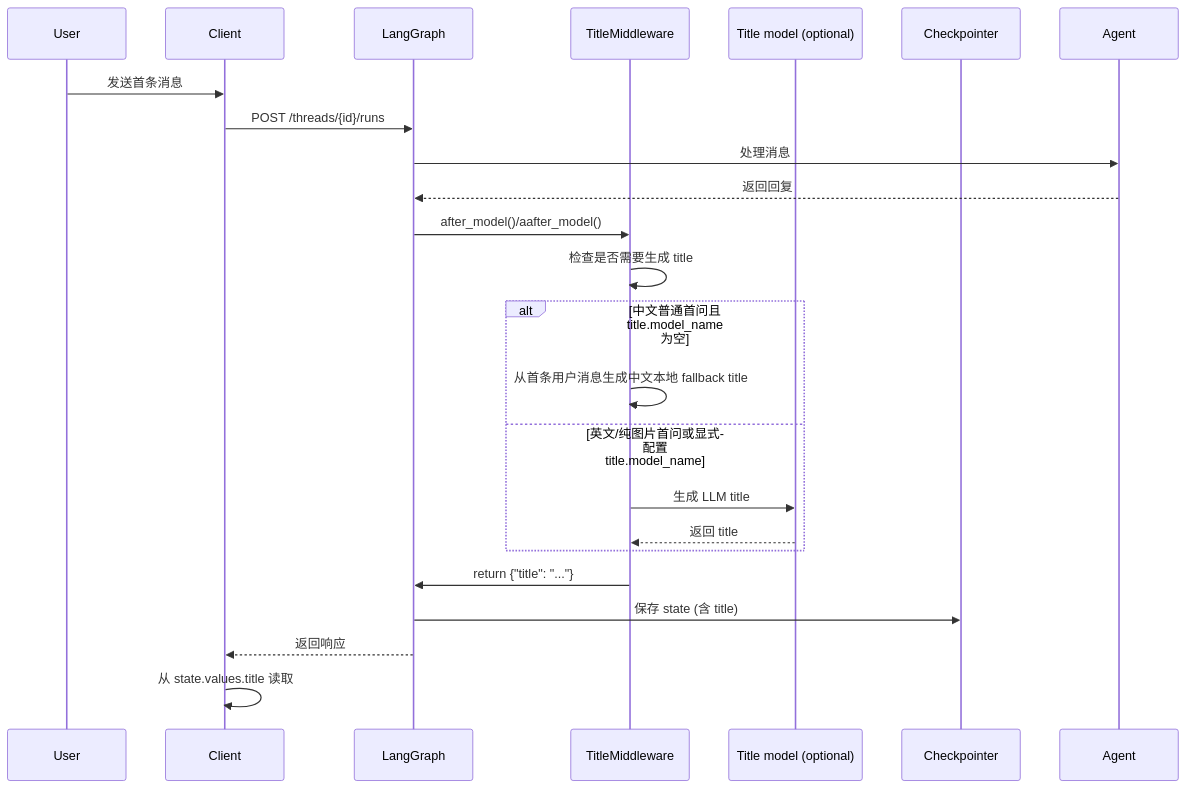
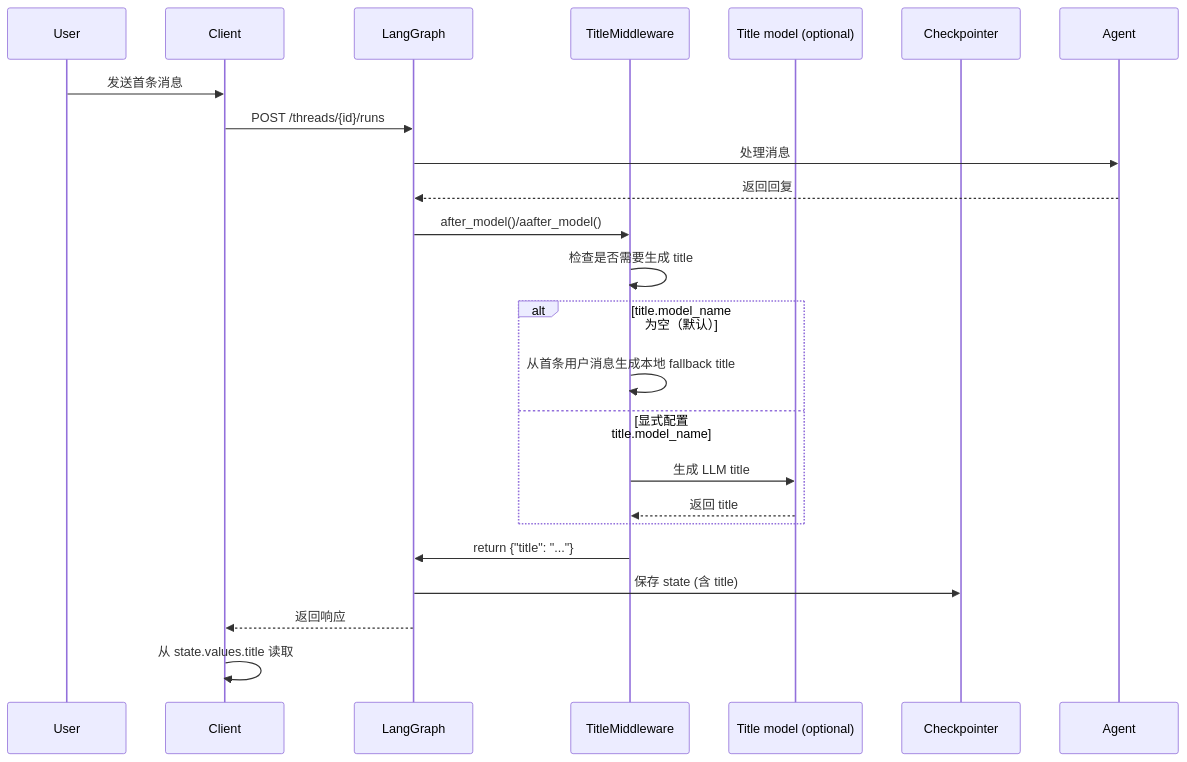
One commit to tiger8106/deer-flow changed the diagram in backend/docs/AUTO_TITLE_GENERATION.md. Above: the diagram before and after it, drawn with Mermaid. The commit also changed other lines of this file and 11 other files, not shown here.

````diff
--- a/backend/docs/AUTO_TITLE_GENERATION.md
+++ b/backend/docs/AUTO_TITLE_GENERATION.md
@@ -147,26 +146,26 @@
 ```mermaid
 sequenceDiagram
     participant User
     participant Client
     participant LangGraph
     participant TitleMiddleware
     participant TitleModel as Title model (optional)
     participant Checkpointer
 
     User->>Client: 发送首条消息
     Client->>LangGraph: POST /threads/{id}/runs
     LangGraph->>Agent: 处理消息
     Agent-->>LangGraph: 返回回复
     LangGraph->>TitleMiddleware: after_model()/aafter_model()
     TitleMiddleware->>TitleMiddleware: 检查是否需要生成 title
-    alt 中文普通首问且 title.model_name 为空
-        TitleMiddleware->>TitleMiddleware: 从首条用户消息生成中文本地 fallback title
-    else 英文/纯图片首问或显式配置 title.model_name
+    alt title.model_name 为空（默认）
+        TitleMiddleware->>TitleMiddleware: 从首条用户消息生成本地 fallback title
+    else 显式配置 title.model_name
         TitleMiddleware->>TitleModel: 生成 LLM title
         TitleModel-->>TitleMiddleware: 返回 title
     end
     TitleMiddleware->>LangGraph: return {"title": "..."}
     LangGraph->>Checkpointer: 保存 state (含 title)
     LangGraph-->>Client: 返回响应
     Client->>Client: 从 state.values.title 读取
 ```
````
